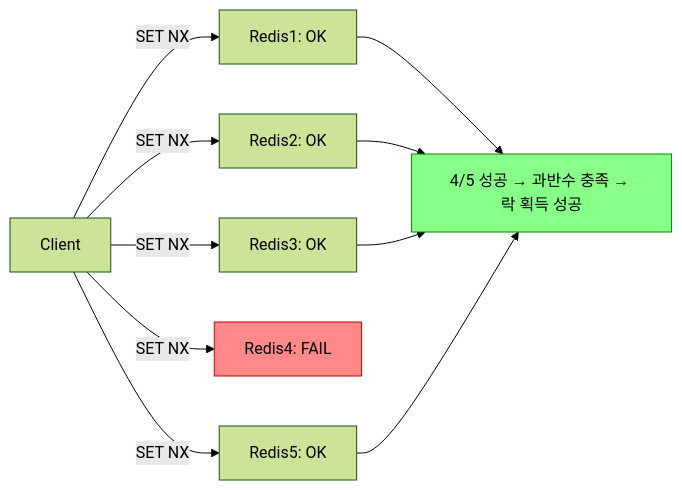
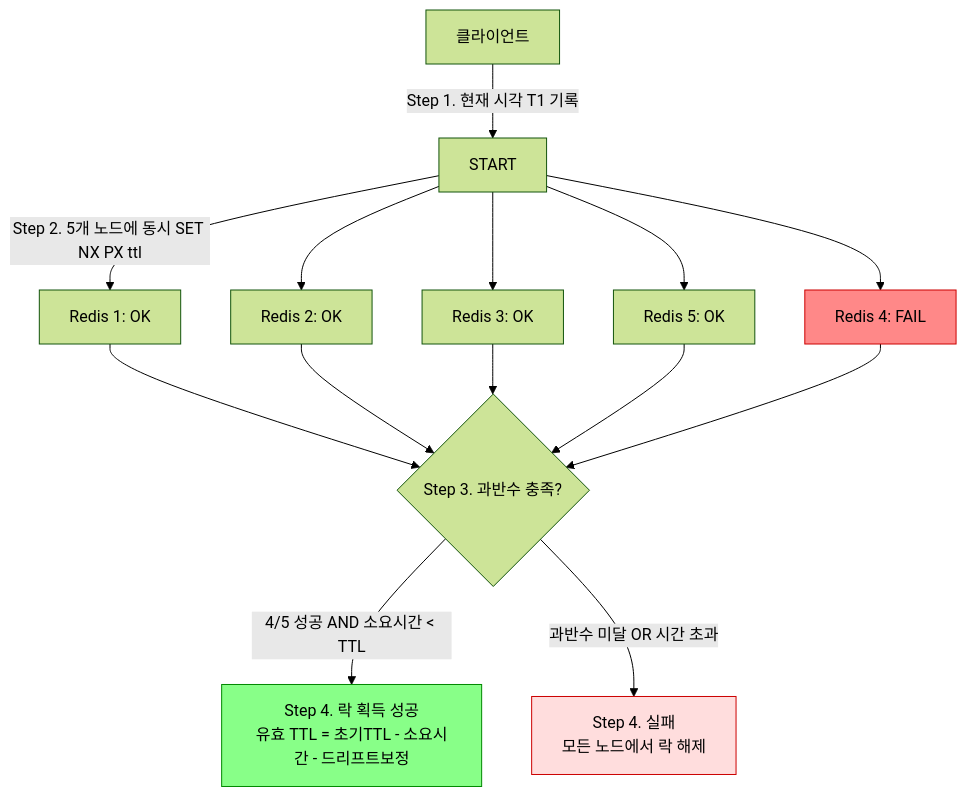
Before and after one commit to yjkim2015/yjkim2015.github.io: the eighth of 15 diagrams in _posts/redis/2026-05-01-redis-distributed-lock.md, drawn with Mermaid (forest theme). The commit also changed other lines of this file and 63 other files, not shown here.

```diff
--- a/_posts/redis/2026-05-01-redis-distributed-lock.md
+++ b/_posts/redis/2026-05-01-redis-distributed-lock.md
@@ -128,12 +615,26 @@
 <div class="mermaid">
-graph LR
-    C[Client]
-    C -->|SET NX| R1[Redis1: OK]
-    C -->|SET NX| R2[Redis2: OK]
-    C -->|SET NX| R3[Redis3: OK]
-    C -->|SET NX| R4[Redis4: FAIL]
-    C -->|SET NX| R5[Redis5: OK]
-    R1 & R2 & R3 & R5 --> RESULT[4/5 성공 → 과반수 충족 → 락 획득 성공]
+flowchart TD
+    C[클라이언트] -->|Step 1. 현재 시각 T1 기록| START
+
+    START -->|Step 2. 5개 노드에 동시 SET NX PX ttl| R1
+    START --> R2
+    START --> R3
+    START --> R4
+    START --> R5
+
+    R1[Redis 1: OK]
+    R2[Redis 2: OK]
+    R3[Redis 3: OK]
+    R4[Redis 4: FAIL]
+    R5[Redis 5: OK]
+
+    R1 & R2 & R3 & R5 --> CHECK{Step 3. 과반수 충족?}
+    R4 --> CHECK
+
+    CHECK -->|4/5 성공 AND 소요시간 < TTL| SUCCESS[Step 4. 락 획득 성공\n유효 TTL = 초기TTL - 소요시간 - 드리프트보정]
+    CHECK -->|과반수 미달 OR 시간 초과| FAIL[Step 4. 실패\n모든 노드에서 락 해제]
+
     style R4 fill:#f88,stroke:#c00
-    style RESULT fill:#8f8,stroke:#080
+    style SUCCESS fill:#8f8,stroke:#080
+    style FAIL fill:#fdd,stroke:#c00
 </div>
```
